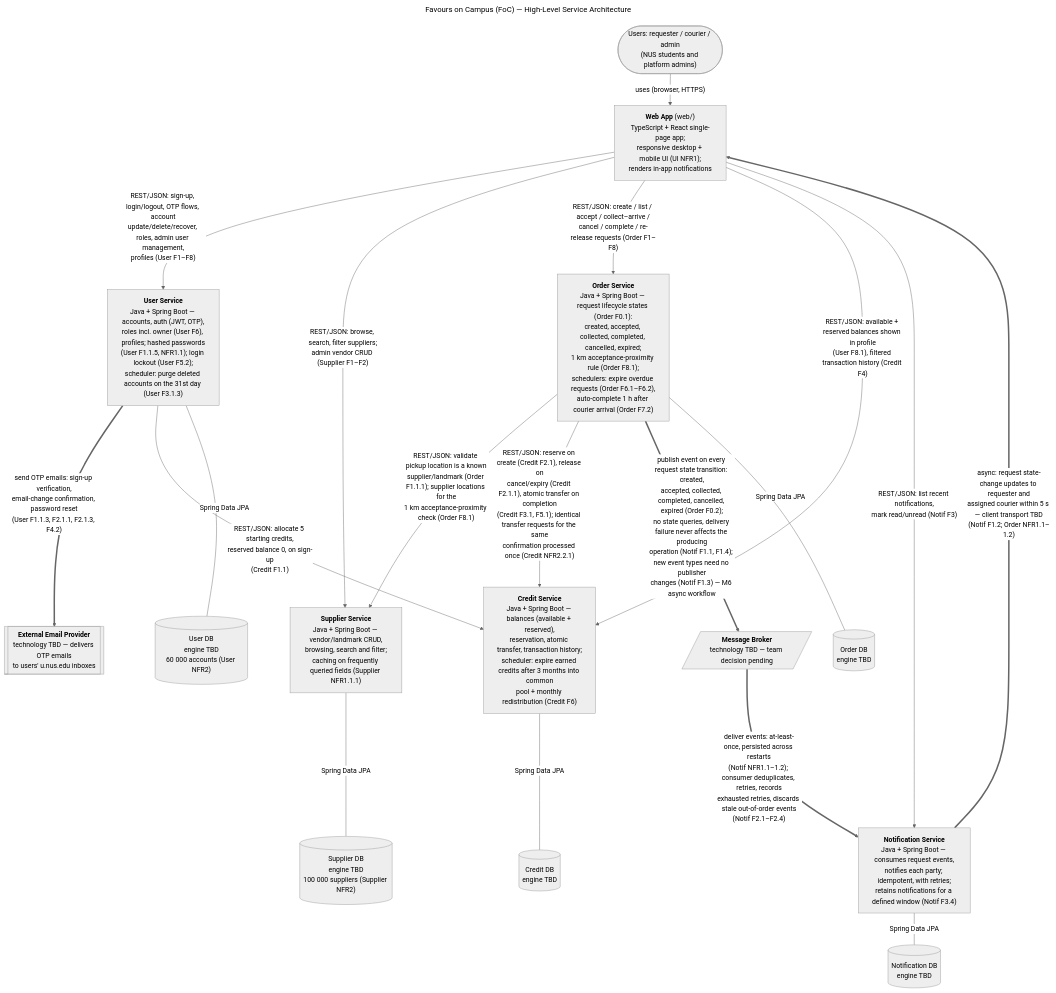
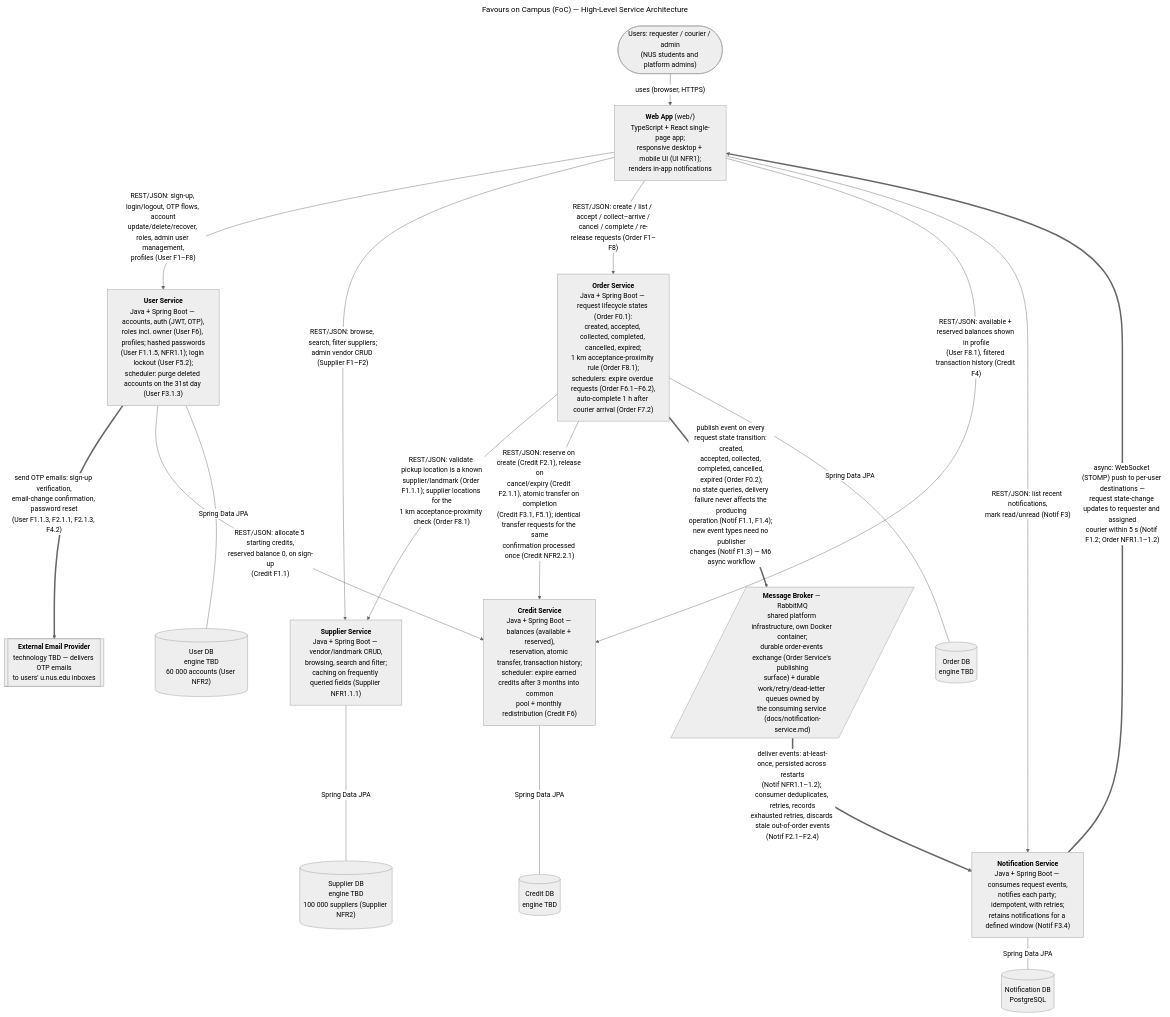
The diagram in docs/architecture.mmd (AY2627S1-CS3219-P23/foc), drawn with Mermaid (neutral theme) before and after one commit. The commit also changed 3 other files, not shown here.

First line of the commit message:
docs: fold notification-design broker decisions into architecture diagram

```diff
--- a/docs/architecture.mmd
+++ b/docs/architecture.mmd
@@ -1,53 +1,57 @@
 ---
 title: "Favours on Campus (FoC) — High-Level Service Architecture"
 ---
 %% AI-assisted (CS3219 AI Usage Policy disclosure):
-%% Tool: Claude Code (Fable 5), 2026-09-14; revised 2026-09-15, 2026-09-18.
+%% Tool: Claude Code (Fable 5), 2026-09-14; revised 2026-09-15, 2026-09-18
+%% (backlog realignment, then folding in the team's notification-design
+%% decisions: RabbitMQ broker, WebSocket/STOMP client push, PostgreSQL
+%% notification DB — decided by Leong Wei Zhi, 2026-09-15/18, per
+%% docs/notification-service.md).
 %% Scope: transcribed the team-decided architecture (AGENTS.md service
 %% boundaries + D1 requirements) into this diagram, and re-aligned edge
 %% labels/relationships with the latest D1 backlog (Template-7): chat and
 %% admin credit adjustment moved to nice-to-haves (out of diagram scope),
 %% Order F0/F8 renumbering, Credit F6 redistribution, Supplier caching.
 %% No design decisions were made by the tool; open decisions are marked
 %% "TBD" for the team.
 %% Reviewed by: Leong Wei Zhi (via pull request).
 %% Legend and dependency table: see docs/architecture.md
 flowchart TB
     USERS(["Users: requester / courier / admin<br/>(NUS students and platform admins)"])
     WEB["<b>Web App</b> (web/)<br/>TypeScript + React single-page app;<br/>responsive desktop + mobile UI (UI NFR1);<br/>renders in-app notifications"]
 
     USERS -->|"uses (browser, HTTPS)"| WEB
 
     USER_SVC["<b>User Service</b><br/>Java + Spring Boot — accounts, auth (JWT, OTP),<br/>roles incl. owner (User F6), profiles; hashed passwords<br/>(User F1.1.5, NFR1.1); login lockout (User F5.2);<br/>scheduler: purge deleted accounts on the 31st day (User F3.1.3)"]
     SUP_SVC["<b>Supplier Service</b><br/>Java + Spring Boot — vendor/landmark CRUD,<br/>browsing, search and filter;<br/>caching on frequently queried fields (Supplier NFR1.1.1)"]
     ORDER_SVC["<b>Order Service</b><br/>Java + Spring Boot — request lifecycle states (Order F0.1):<br/>created, accepted, collected, completed, cancelled, expired;<br/>1 km acceptance-proximity rule (Order F8.1);<br/>schedulers: expire overdue requests (Order F6.1–F6.2),<br/>auto-complete 1 h after courier arrival (Order F7.2)"]
     CREDIT_SVC["<b>Credit Service</b><br/>Java + Spring Boot — balances (available + reserved),<br/>reservation, atomic transfer, transaction history;<br/>scheduler: expire earned credits after 3 months into common<br/>pool + monthly redistribution (Credit F6)"]
     NOTIF_SVC["<b>Notification Service</b><br/>Java + Spring Boot — consumes request events,<br/>notifies each party; idempotent, with retries;<br/>retains notifications for a defined window (Notif F3.4)"]
-    BROKER[/"<b>Message Broker</b><br/>technology TBD — team decision pending"/]
+    BROKER[/"<b>Message Broker</b> — RabbitMQ<br/>shared platform infrastructure, own Docker container;<br/>durable order-events exchange (Order Service's publishing<br/>surface) + durable work/retry/dead-letter queues owned by<br/>the consuming service (docs/notification-service.md)"/]
     EMAIL[["<b>External Email Provider</b><br/>technology TBD — delivers OTP emails<br/>to users' u.nus.edu inboxes"]]
 
     WEB -->|"REST/JSON: sign-up, login/logout, OTP flows, account<br/>update/delete/recover, roles, admin user management,<br/>profiles (User F1–F8)"| USER_SVC
     WEB -->|"REST/JSON: browse, search, filter suppliers;<br/>admin vendor CRUD (Supplier F1–F2)"| SUP_SVC
     WEB -->|"REST/JSON: create / list / accept / collect–arrive /<br/>cancel / complete / re-release requests (Order F1–F8)"| ORDER_SVC
     WEB -->|"REST/JSON: available + reserved balances shown in profile<br/>(User F8.1), filtered transaction history (Credit F4)"| CREDIT_SVC
     WEB -->|"REST/JSON: list recent notifications,<br/>mark read/unread (Notif F3)"| NOTIF_SVC
-    NOTIF_SVC ==>|"async: request state-change updates to requester and<br/>assigned courier within 5 s — client transport TBD<br/>(Notif F1.2; Order NFR1.1–1.2)"| WEB
+    NOTIF_SVC ==>|"async: WebSocket (STOMP) push to per-user destinations —<br/>request state-change updates to requester and assigned<br/>courier within 5 s (Notif F1.2; Order NFR1.1–1.2)"| WEB
 
     USER_SVC ==>|"send OTP emails: sign-up verification,<br/>email-change confirmation, password reset<br/>(User F1.1.3, F2.1.1, F2.1.3, F4.2)"| EMAIL
     USER_SVC -->|"REST/JSON: allocate 5 starting credits,<br/>reserved balance 0, on sign-up<br/>(Credit F1.1)"| CREDIT_SVC
     ORDER_SVC -->|"REST/JSON: validate pickup location is a known<br/>supplier/landmark (Order F1.1.1); supplier locations for the<br/>1 km acceptance-proximity check (Order F8.1)"| SUP_SVC
     ORDER_SVC -->|"REST/JSON: reserve on create (Credit F2.1), release on<br/>cancel/expiry (Credit F2.1.1), atomic transfer on completion<br/>(Credit F3.1, F5.1); identical transfer requests for the same<br/>confirmation processed once (Credit NFR2.2.1)"| CREDIT_SVC
     ORDER_SVC ==>|"publish event on every request state transition: created,<br/>accepted, collected, completed, cancelled, expired (Order F0.2);<br/>no state queries, delivery failure never affects the producing<br/>operation (Notif F1.1, F1.4); new event types need no publisher<br/>changes (Notif F1.3) — M6 async workflow"| BROKER
     BROKER ==>|"deliver events: at-least-once, persisted across restarts<br/>(Notif NFR1.1–1.2); consumer deduplicates, retries, records<br/>exhausted retries, discards stale out-of-order events<br/>(Notif F2.1–F2.4)"| NOTIF_SVC
 
     USER_DB[("User DB<br/>engine TBD<br/>60 000 accounts (User NFR2)")]
     SUP_DB[("Supplier DB<br/>engine TBD<br/>100 000 suppliers (Supplier NFR2)")]
     ORDER_DB[("Order DB<br/>engine TBD")]
     CREDIT_DB[("Credit DB<br/>engine TBD")]
-    NOTIF_DB[("Notification DB<br/>engine TBD")]
+    NOTIF_DB[("Notification DB<br/>PostgreSQL")]
 
     USER_SVC ---|"Spring Data JPA"| USER_DB
     SUP_SVC ---|"Spring Data JPA"| SUP_DB
     ORDER_SVC ---|"Spring Data JPA"| ORDER_DB
     CREDIT_SVC ---|"Spring Data JPA"| CREDIT_DB
     NOTIF_SVC ---|"Spring Data JPA"| NOTIF_DB
```
